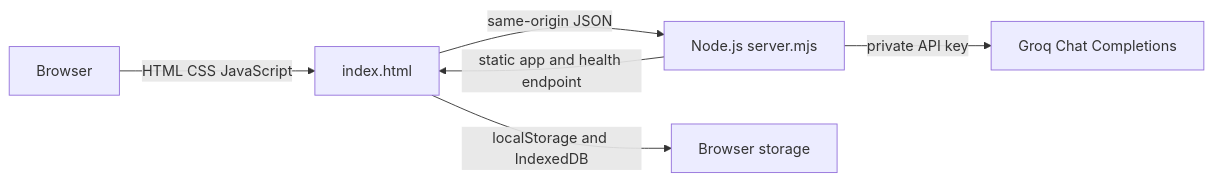
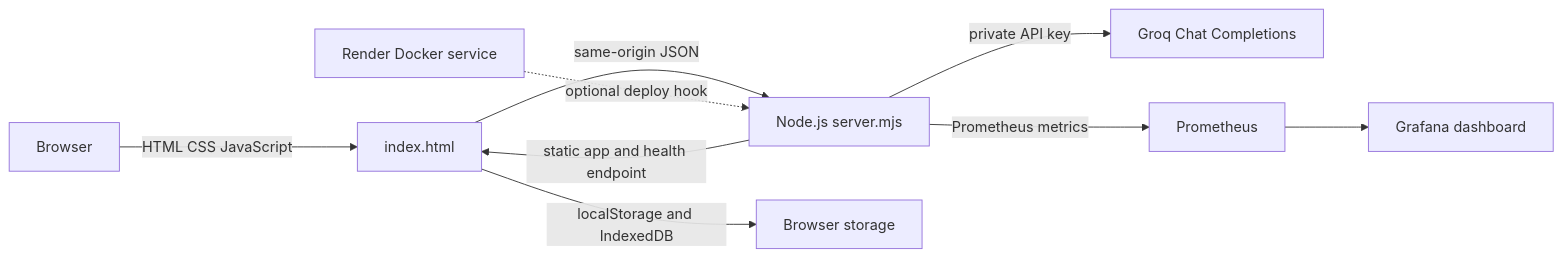
Before and after one commit to umesh2904x/Outfit-Roulette: the diagram in docs/PROJECT_REPORT.md, drawn with Mermaid. The commit also changed other lines of this file and 12 other files, not shown here.

````diff
--- a/docs/PROJECT_REPORT.md
+++ b/docs/PROJECT_REPORT.md
@@ -14,8 +14,11 @@
 ```mermaid
 flowchart LR
   User[Browser] -->|HTML CSS JavaScript| App[index.html]
   App -->|same-origin JSON| Server[Node.js server.mjs]
   Server -->|private API key| Groq[Groq Chat Completions]
   Server -->|static app and health endpoint| App
+  Server -->|Prometheus metrics| Prometheus[Prometheus]
+  Prometheus --> Grafana[Grafana dashboard]
+  Render[Render Docker service] -. optional deploy hook .-> Server
   App -->|localStorage and IndexedDB| BrowserStore[Browser storage]
 ```
````
